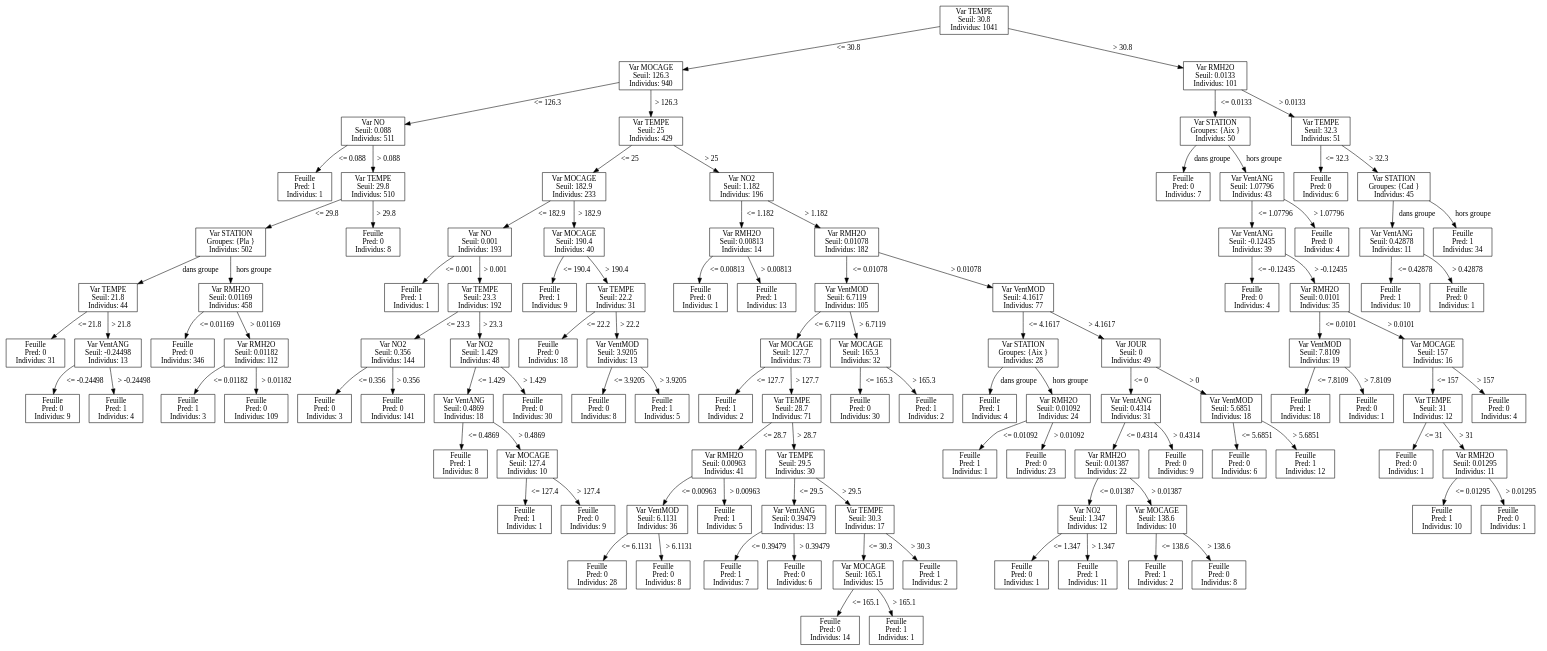
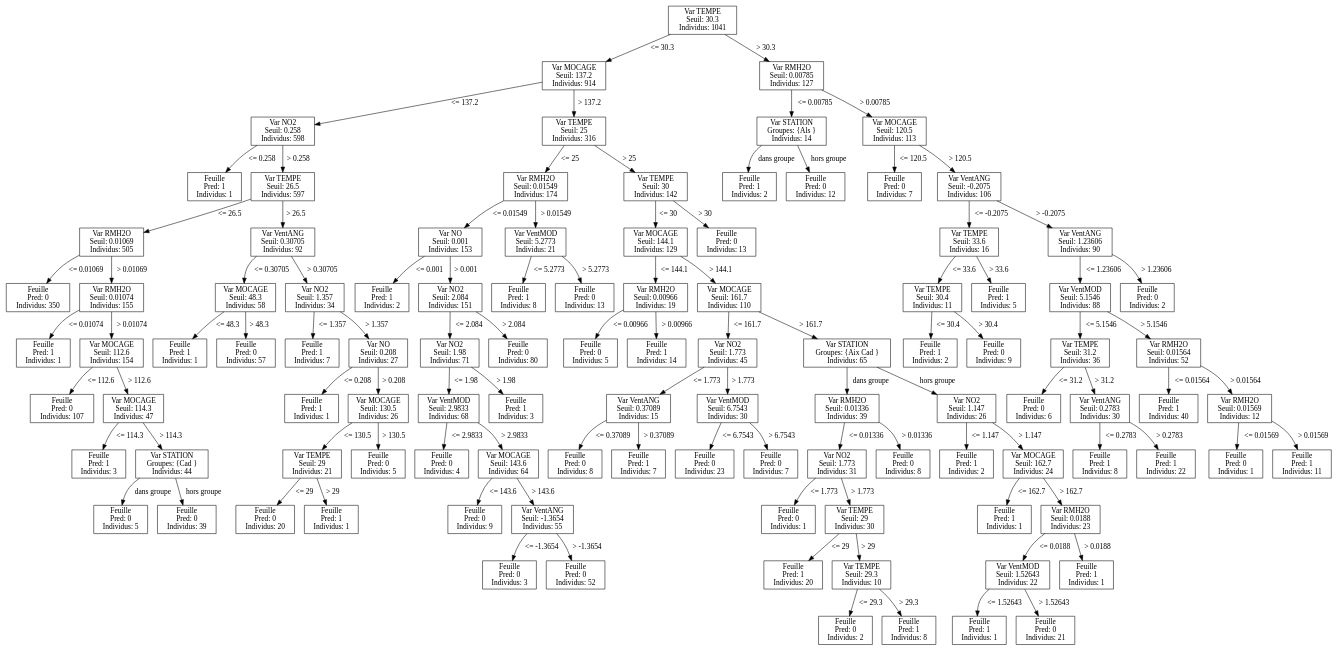
The diagram in ArbreNum0Bagging.dot (Narcisse-sudo/Binary-Tree-C-), drawn with Graphviz before and after one commit. The commit also changed 7 other files, not shown here.

```diff
--- a/ArbreNum0Bagging.dot
+++ b/ArbreNum0Bagging.dot
@@ -1,220 +1,212 @@
 digraph Arbre {
   node [shape=box];
-  0 [label="Var TEMPE\nSeuil: 30.8\nIndividus: 1041"];
-  1 [label="Var MOCAGE\nSeuil: 126.3\nIndividus: 940"];
-  2 [label="Var NO\nSeuil: 0.088\nIndividus: 511"];
+  0 [label="Var TEMPE\nSeuil: 30.3\nIndividus: 1041"];
+  1 [label="Var MOCAGE\nSeuil: 137.2\nIndividus: 914"];
+  2 [label="Var NO2\nSeuil: 0.258\nIndividus: 598"];
   3 [label="Feuille\n Pred: 1\nIndividus: 1"];
-  2 -> 3 [label="<= 0.088"];
-  4 [label="Var TEMPE\nSeuil: 29.8\nIndividus: 510"];
-  5 [label="Var STATION\nGroupes: {Pla }\nIndividus: 502"];
-  6 [label="Var TEMPE\nSeuil: 21.8\nIndividus: 44"];
-  7 [label="Feuille\n Pred: 0\nIndividus: 31"];
-  6 -> 7 [label="<= 21.8"];
-  8 [label="Var VentANG\nSeuil: -0.24498\nIndividus: 13"];
-  9 [label="Feuille\n Pred: 0\nIndividus: 9"];
-  8 -> 9 [label="<= -0.24498"];
-  10 [label="Feuille\n Pred: 1\nIndividus: 4"];
-  8 -> 10 [label="> -0.24498"];
-  6 -> 8 [label="> 21.8"];
-  5 -> 6 [label="dans groupe"];
-  11 [label="Var RMH2O\nSeuil: 0.01169\nIndividus: 458"];
-  12 [label="Feuille\n Pred: 0\nIndividus: 346"];
-  11 -> 12 [label="<= 0.01169"];
-  13 [label="Var RMH2O\nSeuil: 0.01182\nIndividus: 112"];
-  14 [label="Feuille\n Pred: 1\nIndividus: 3"];
-  13 -> 14 [label="<= 0.01182"];
-  15 [label="Feuille\n Pred: 0\nIndividus: 109"];
-  13 -> 15 [label="> 0.01182"];
-  11 -> 13 [label="> 0.01169"];
-  5 -> 11 [label="hors groupe"];
-  4 -> 5 [label="<= 29.8"];
-  16 [label="Feuille\n Pred: 0\nIndividus: 8"];
-  4 -> 16 [label="> 29.8"];
-  2 -> 4 [label="> 0.088"];
-  1 -> 2 [label="<= 126.3"];
-  17 [label="Var TEMPE\nSeuil: 25\nIndividus: 429"];
-  18 [label="Var MOCAGE\nSeuil: 182.9\nIndividus: 233"];
-  19 [label="Var NO\nSeuil: 0.001\nIndividus: 193"];
-  20 [label="Feuille\n Pred: 1\nIndividus: 1"];
-  19 -> 20 [label="<= 0.001"];
-  21 [label="Var TEMPE\nSeuil: 23.3\nIndividus: 192"];
-  22 [label="Var NO2\nSeuil: 0.356\nIndividus: 144"];
-  23 [label="Feuille\n Pred: 0\nIndividus: 3"];
-  22 -> 23 [label="<= 0.356"];
-  24 [label="Feuille\n Pred: 0\nIndividus: 141"];
-  22 -> 24 [label="> 0.356"];
-  21 -> 22 [label="<= 23.3"];
-  25 [label="Var NO2\nSeuil: 1.429\nIndividus: 48"];
-  26 [label="Var VentANG\nSeuil: 0.4869\nIndividus: 18"];
-  27 [label="Feuille\n Pred: 1\nIndividus: 8"];
-  26 -> 27 [label="<= 0.4869"];
-  28 [label="Var MOCAGE\nSeuil: 127.4\nIndividus: 10"];
-  29 [label="Feuille\n Pred: 1\nIndividus: 1"];
-  28 -> 29 [label="<= 127.4"];
-  30 [label="Feuille\n Pred: 0\nIndividus: 9"];
-  28 -> 30 [label="> 127.4"];
-  26 -> 28 [label="> 0.4869"];
-  25 -> 26 [label="<= 1.429"];
-  31 [label="Feuille\n Pred: 0\nIndividus: 30"];
-  25 -> 31 [label="> 1.429"];
-  21 -> 25 [label="> 23.3"];
-  19 -> 21 [label="> 0.001"];
-  18 -> 19 [label="<= 182.9"];
-  32 [label="Var MOCAGE\nSeuil: 190.4\nIndividus: 40"];
-  33 [label="Feuille\n Pred: 1\nIndividus: 9"];
-  32 -> 33 [label="<= 190.4"];
-  34 [label="Var TEMPE\nSeuil: 22.2\nIndividus: 31"];
-  35 [label="Feuille\n Pred: 0\nIndividus: 18"];
-  34 -> 35 [label="<= 22.2"];
-  36 [label="Var VentMOD\nSeuil: 3.9205\nIndividus: 13"];
-  37 [label="Feuille\n Pred: 0\nIndividus: 8"];
-  36 -> 37 [label="<= 3.9205"];
-  38 [label="Feuille\n Pred: 1\nIndividus: 5"];
-  36 -> 38 [label="> 3.9205"];
-  34 -> 36 [label="> 22.2"];
-  32 -> 34 [label="> 190.4"];
-  18 -> 32 [label="> 182.9"];
-  17 -> 18 [label="<= 25"];
-  39 [label="Var NO2\nSeuil: 1.182\nIndividus: 196"];
-  40 [label="Var RMH2O\nSeuil: 0.00813\nIndividus: 14"];
-  41 [label="Feuille\n Pred: 0\nIndividus: 1"];
-  40 -> 41 [label="<= 0.00813"];
-  42 [label="Feuille\n Pred: 1\nIndividus: 13"];
-  40 -> 42 [label="> 0.00813"];
-  39 -> 40 [label="<= 1.182"];
-  43 [label="Var RMH2O\nSeuil: 0.01078\nIndividus: 182"];
-  44 [label="Var VentMOD\nSeuil: 6.7119\nIndividus: 105"];
-  45 [label="Var MOCAGE\nSeuil: 127.7\nIndividus: 73"];
-  46 [label="Feuille\n Pred: 1\nIndividus: 2"];
-  45 -> 46 [label="<= 127.7"];
-  47 [label="Var TEMPE\nSeuil: 28.7\nIndividus: 71"];
-  48 [label="Var RMH2O\nSeuil: 0.00963\nIndividus: 41"];
-  49 [label="Var VentMOD\nSeuil: 6.1131\nIndividus: 36"];
-  50 [label="Feuille\n Pred: 0\nIndividus: 28"];
-  49 -> 50 [label="<= 6.1131"];
-  51 [label="Feuille\n Pred: 0\nIndividus: 8"];
-  49 -> 51 [label="> 6.1131"];
-  48 -> 49 [label="<= 0.00963"];
-  52 [label="Feuille\n Pred: 1\nIndividus: 5"];
-  48 -> 52 [label="> 0.00963"];
-  47 -> 48 [label="<= 28.7"];
-  53 [label="Var TEMPE\nSeuil: 29.5\nIndividus: 30"];
-  54 [label="Var VentANG\nSeuil: 0.39479\nIndividus: 13"];
-  55 [label="Feuille\n Pred: 1\nIndividus: 7"];
-  54 -> 55 [label="<= 0.39479"];
-  56 [label="Feuille\n Pred: 0\nIndividus: 6"];
-  54 -> 56 [label="> 0.39479"];
-  53 -> 54 [label="<= 29.5"];
-  57 [label="Var TEMPE\nSeuil: 30.3\nIndividus: 17"];
-  58 [label="Var MOCAGE\nSeuil: 165.1\nIndividus: 15"];
-  59 [label="Feuille\n Pred: 0\nIndividus: 14"];
-  58 -> 59 [label="<= 165.1"];
-  60 [label="Feuille\n Pred: 1\nIndividus: 1"];
-  58 -> 60 [label="> 165.1"];
-  57 -> 58 [label="<= 30.3"];
-  61 [label="Feuille\n Pred: 1\nIndividus: 2"];
-  57 -> 61 [label="> 30.3"];
-  53 -> 57 [label="> 29.5"];
-  47 -> 53 [label="> 28.7"];
-  45 -> 47 [label="> 127.7"];
-  44 -> 45 [label="<= 6.7119"];
-  62 [label="Var MOCAGE\nSeuil: 165.3\nIndividus: 32"];
-  63 [label="Feuille\n Pred: 0\nIndividus: 30"];
-  62 -> 63 [label="<= 165.3"];
-  64 [label="Feuille\n Pred: 1\nIndividus: 2"];
-  62 -> 64 [label="> 165.3"];
-  44 -> 62 [label="> 6.7119"];
-  43 -> 44 [label="<= 0.01078"];
-  65 [label="Var VentMOD\nSeuil: 4.1617\nIndividus: 77"];
-  66 [label="Var STATION\nGroupes: {Aix }\nIndividus: 28"];
-  67 [label="Feuille\n Pred: 1\nIndividus: 4"];
-  66 -> 67 [label="dans groupe"];
-  68 [label="Var RMH2O\nSeuil: 0.01092\nIndividus: 24"];
-  69 [label="Feuille\n Pred: 1\nIndividus: 1"];
-  68 -> 69 [label="<= 0.01092"];
-  70 [label="Feuille\n Pred: 0\nIndividus: 23"];
-  68 -> 70 [label="> 0.01092"];
-  66 -> 68 [label="hors groupe"];
-  65 -> 66 [label="<= 4.1617"];
-  71 [label="Var JOUR\nSeuil: 0\nIndividus: 49"];
-  72 [label="Var VentANG\nSeuil: 0.4314\nIndividus: 31"];
-  73 [label="Var RMH2O\nSeuil: 0.01387\nIndividus: 22"];
-  74 [label="Var NO2\nSeuil: 1.347\nIndividus: 12"];
-  75 [label="Feuille\n Pred: 0\nIndividus: 1"];
-  74 -> 75 [label="<= 1.347"];
-  76 [label="Feuille\n Pred: 1\nIndividus: 11"];
-  74 -> 76 [label="> 1.347"];
-  73 -> 74 [label="<= 0.01387"];
-  77 [label="Var MOCAGE\nSeuil: 138.6\nIndividus: 10"];
-  78 [label="Feuille\n Pred: 1\nIndividus: 2"];
-  77 -> 78 [label="<= 138.6"];
-  79 [label="Feuille\n Pred: 0\nIndividus: 8"];
-  77 -> 79 [label="> 138.6"];
-  73 -> 77 [label="> 0.01387"];
-  72 -> 73 [label="<= 0.4314"];
-  80 [label="Feuille\n Pred: 0\nIndividus: 9"];
-  72 -> 80 [label="> 0.4314"];
-  71 -> 72 [label="<= 0"];
-  81 [label="Var VentMOD\nSeuil: 5.6851\nIndividus: 18"];
-  82 [label="Feuille\n Pred: 0\nIndividus: 6"];
-  81 -> 82 [label="<= 5.6851"];
-  83 [label="Feuille\n Pred: 1\nIndividus: 12"];
-  81 -> 83 [label="> 5.6851"];
-  71 -> 81 [label="> 0"];
-  65 -> 71 [label="> 4.1617"];
-  43 -> 65 [label="> 0.01078"];
-  39 -> 43 [label="> 1.182"];
-  17 -> 39 [label="> 25"];
-  1 -> 17 [label="> 126.3"];
-  0 -> 1 [label="<= 30.8"];
-  84 [label="Var RMH2O\nSeuil: 0.0133\nIndividus: 101"];
-  85 [label="Var STATION\nGroupes: {Aix }\nIndividus: 50"];
-  86 [label="Feuille\n Pred: 0\nIndividus: 7"];
-  85 -> 86 [label="dans groupe"];
-  87 [label="Var VentANG\nSeuil: 1.07796\nIndividus: 43"];
-  88 [label="Var VentANG\nSeuil: -0.12435\nIndividus: 39"];
-  89 [label="Feuille\n Pred: 0\nIndividus: 4"];
-  88 -> 89 [label="<= -0.12435"];
-  90 [label="Var RMH2O\nSeuil: 0.0101\nIndividus: 35"];
-  91 [label="Var VentMOD\nSeuil: 7.8109\nIndividus: 19"];
-  92 [label="Feuille\n Pred: 1\nIndividus: 18"];
-  91 -> 92 [label="<= 7.8109"];
-  93 [label="Feuille\n Pred: 0\nIndividus: 1"];
-  91 -> 93 [label="> 7.8109"];
-  90 -> 91 [label="<= 0.0101"];
-  94 [label="Var MOCAGE\nSeuil: 157\nIndividus: 16"];
-  95 [label="Var TEMPE\nSeuil: 31\nIndividus: 12"];
-  96 [label="Feuille\n Pred: 0\nIndividus: 1"];
-  95 -> 96 [label="<= 31"];
-  97 [label="Var RMH2O\nSeuil: 0.01295\nIndividus: 11"];
-  98 [label="Feuille\n Pred: 1\nIndividus: 10"];
-  97 -> 98 [label="<= 0.01295"];
-  99 [label="Feuille\n Pred: 0\nIndividus: 1"];
-  97 -> 99 [label="> 0.01295"];
-  95 -> 97 [label="> 31"];
-  94 -> 95 [label="<= 157"];
-  100 [label="Feuille\n Pred: 0\nIndividus: 4"];
-  94 -> 100 [label="> 157"];
-  90 -> 94 [label="> 0.0101"];
-  88 -> 90 [label="> -0.12435"];
-  87 -> 88 [label="<= 1.07796"];
-  101 [label="Feuille\n Pred: 0\nIndividus: 4"];
-  87 -> 101 [label="> 1.07796"];
-  85 -> 87 [label="hors groupe"];
-  84 -> 85 [label="<= 0.0133"];
-  102 [label="Var TEMPE\nSeuil: 32.3\nIndividus: 51"];
-  103 [label="Feuille\n Pred: 0\nIndividus: 6"];
-  102 -> 103 [label="<= 32.3"];
-  104 [label="Var STATION\nGroupes: {Cad }\nIndividus: 45"];
-  105 [label="Var VentANG\nSeuil: 0.42878\nIndividus: 11"];
-  106 [label="Feuille\n Pred: 1\nIndividus: 10"];
-  105 -> 106 [label="<= 0.42878"];
-  107 [label="Feuille\n Pred: 0\nIndividus: 1"];
-  105 -> 107 [label="> 0.42878"];
-  104 -> 105 [label="dans groupe"];
-  108 [label="Feuille\n Pred: 1\nIndividus: 34"];
-  104 -> 108 [label="hors groupe"];
-  102 -> 104 [label="> 32.3"];
-  84 -> 102 [label="> 0.0133"];
-  0 -> 84 [label="> 30.8"];
+  2 -> 3 [label="<= 0.258"];
+  4 [label="Var TEMPE\nSeuil: 26.5\nIndividus: 597"];
+  5 [label="Var RMH2O\nSeuil: 0.01069\nIndividus: 505"];
+  6 [label="Feuille\n Pred: 0\nIndividus: 350"];
+  5 -> 6 [label="<= 0.01069"];
+  7 [label="Var RMH2O\nSeuil: 0.01074\nIndividus: 155"];
+  8 [label="Feuille\n Pred: 1\nIndividus: 1"];
+  7 -> 8 [label="<= 0.01074"];
+  9 [label="Var MOCAGE\nSeuil: 112.6\nIndividus: 154"];
+  10 [label="Feuille\n Pred: 0\nIndividus: 107"];
+  9 -> 10 [label="<= 112.6"];
+  11 [label="Var MOCAGE\nSeuil: 114.3\nIndividus: 47"];
+  12 [label="Feuille\n Pred: 1\nIndividus: 3"];
+  11 -> 12 [label="<= 114.3"];
+  13 [label="Var STATION\nGroupes: {Cad }\nIndividus: 44"];
+  14 [label="Feuille\n Pred: 0\nIndividus: 5"];
+  13 -> 14 [label="dans groupe"];
+  15 [label="Feuille\n Pred: 0\nIndividus: 39"];
+  13 -> 15 [label="hors groupe"];
+  11 -> 13 [label="> 114.3"];
+  9 -> 11 [label="> 112.6"];
+  7 -> 9 [label="> 0.01074"];
+  5 -> 7 [label="> 0.01069"];
+  4 -> 5 [label="<= 26.5"];
+  16 [label="Var VentANG\nSeuil: 0.30705\nIndividus: 92"];
+  17 [label="Var MOCAGE\nSeuil: 48.3\nIndividus: 58"];
+  18 [label="Feuille\n Pred: 1\nIndividus: 1"];
+  17 -> 18 [label="<= 48.3"];
+  19 [label="Feuille\n Pred: 0\nIndividus: 57"];
+  17 -> 19 [label="> 48.3"];
+  16 -> 17 [label="<= 0.30705"];
+  20 [label="Var NO2\nSeuil: 1.357\nIndividus: 34"];
+  21 [label="Feuille\n Pred: 1\nIndividus: 7"];
+  20 -> 21 [label="<= 1.357"];
+  22 [label="Var NO\nSeuil: 0.208\nIndividus: 27"];
+  23 [label="Feuille\n Pred: 1\nIndividus: 1"];
+  22 -> 23 [label="<= 0.208"];
+  24 [label="Var MOCAGE\nSeuil: 130.5\nIndividus: 26"];
+  25 [label="Var TEMPE\nSeuil: 29\nIndividus: 21"];
+  26 [label="Feuille\n Pred: 0\nIndividus: 20"];
+  25 -> 26 [label="<= 29"];
+  27 [label="Feuille\n Pred: 1\nIndividus: 1"];
+  25 -> 27 [label="> 29"];
+  24 -> 25 [label="<= 130.5"];
+  28 [label="Feuille\n Pred: 0\nIndividus: 5"];
+  24 -> 28 [label="> 130.5"];
+  22 -> 24 [label="> 0.208"];
+  20 -> 22 [label="> 1.357"];
+  16 -> 20 [label="> 0.30705"];
+  4 -> 16 [label="> 26.5"];
+  2 -> 4 [label="> 0.258"];
+  1 -> 2 [label="<= 137.2"];
+  29 [label="Var TEMPE\nSeuil: 25\nIndividus: 316"];
+  30 [label="Var RMH2O\nSeuil: 0.01549\nIndividus: 174"];
+  31 [label="Var NO\nSeuil: 0.001\nIndividus: 153"];
+  32 [label="Feuille\n Pred: 1\nIndividus: 2"];
+  31 -> 32 [label="<= 0.001"];
+  33 [label="Var NO2\nSeuil: 2.084\nIndividus: 151"];
+  34 [label="Var NO2\nSeuil: 1.98\nIndividus: 71"];
+  35 [label="Var VentMOD\nSeuil: 2.9833\nIndividus: 68"];
+  36 [label="Feuille\n Pred: 0\nIndividus: 4"];
+  35 -> 36 [label="<= 2.9833"];
+  37 [label="Var MOCAGE\nSeuil: 143.6\nIndividus: 64"];
+  38 [label="Feuille\n Pred: 0\nIndividus: 9"];
+  37 -> 38 [label="<= 143.6"];
+  39 [label="Var VentANG\nSeuil: -1.3654\nIndividus: 55"];
+  40 [label="Feuille\n Pred: 0\nIndividus: 3"];
+  39 -> 40 [label="<= -1.3654"];
+  41 [label="Feuille\n Pred: 0\nIndividus: 52"];
+  39 -> 41 [label="> -1.3654"];
+  37 -> 39 [label="> 143.6"];
+  35 -> 37 [label="> 2.9833"];
+  34 -> 35 [label="<= 1.98"];
+  42 [label="Feuille\n Pred: 1\nIndividus: 3"];
+  34 -> 42 [label="> 1.98"];
+  33 -> 34 [label="<= 2.084"];
+  43 [label="Feuille\n Pred: 0\nIndividus: 80"];
+  33 -> 43 [label="> 2.084"];
+  31 -> 33 [label="> 0.001"];
+  30 -> 31 [label="<= 0.01549"];
+  44 [label="Var VentMOD\nSeuil: 5.2773\nIndividus: 21"];
+  45 [label="Feuille\n Pred: 1\nIndividus: 8"];
+  44 -> 45 [label="<= 5.2773"];
+  46 [label="Feuille\n Pred: 0\nIndividus: 13"];
+  44 -> 46 [label="> 5.2773"];
+  30 -> 44 [label="> 0.01549"];
+  29 -> 30 [label="<= 25"];
+  47 [label="Var TEMPE\nSeuil: 30\nIndividus: 142"];
+  48 [label="Var MOCAGE\nSeuil: 144.1\nIndividus: 129"];
+  49 [label="Var RMH2O\nSeuil: 0.00966\nIndividus: 19"];
+  50 [label="Feuille\n Pred: 0\nIndividus: 5"];
+  49 -> 50 [label="<= 0.00966"];
+  51 [label="Feuille\n Pred: 1\nIndividus: 14"];
+  49 -> 51 [label="> 0.00966"];
+  48 -> 49 [label="<= 144.1"];
+  52 [label="Var MOCAGE\nSeuil: 161.7\nIndividus: 110"];
+  53 [label="Var NO2\nSeuil: 1.773\nIndividus: 45"];
+  54 [label="Var VentANG\nSeuil: 0.37089\nIndividus: 15"];
+  55 [label="Feuille\n Pred: 0\nIndividus: 8"];
+  54 -> 55 [label="<= 0.37089"];
+  56 [label="Feuille\n Pred: 1\nIndividus: 7"];
+  54 -> 56 [label="> 0.37089"];
+  53 -> 54 [label="<= 1.773"];
+  57 [label="Var VentMOD\nSeuil: 6.7543\nIndividus: 30"];
+  58 [label="Feuille\n Pred: 0\nIndividus: 23"];
+  57 -> 58 [label="<= 6.7543"];
+  59 [label="Feuille\n Pred: 0\nIndividus: 7"];
+  57 -> 59 [label="> 6.7543"];
+  53 -> 57 [label="> 1.773"];
+  52 -> 53 [label="<= 161.7"];
+  60 [label="Var STATION\nGroupes: {Aix Cad }\nIndividus: 65"];
+  61 [label="Var RMH2O\nSeuil: 0.01336\nIndividus: 39"];
+  62 [label="Var NO2\nSeuil: 1.773\nIndividus: 31"];
+  63 [label="Feuille\n Pred: 0\nIndividus: 1"];
+  62 -> 63 [label="<= 1.773"];
+  64 [label="Var TEMPE\nSeuil: 29\nIndividus: 30"];
+  65 [label="Feuille\n Pred: 1\nIndividus: 20"];
+  64 -> 65 [label="<= 29"];
+  66 [label="Var TEMPE\nSeuil: 29.3\nIndividus: 10"];
+  67 [label="Feuille\n Pred: 0\nIndividus: 2"];
+  66 -> 67 [label="<= 29.3"];
+  68 [label="Feuille\n Pred: 1\nIndividus: 8"];
+  66 -> 68 [label="> 29.3"];
+  64 -> 66 [label="> 29"];
+  62 -> 64 [label="> 1.773"];
+  61 -> 62 [label="<= 0.01336"];
+  69 [label="Feuille\n Pred: 0\nIndividus: 8"];
+  61 -> 69 [label="> 0.01336"];
+  60 -> 61 [label="dans groupe"];
+  70 [label="Var NO2\nSeuil: 1.147\nIndividus: 26"];
+  71 [label="Feuille\n Pred: 1\nIndividus: 2"];
+  70 -> 71 [label="<= 1.147"];
+  72 [label="Var MOCAGE\nSeuil: 162.7\nIndividus: 24"];
+  73 [label="Feuille\n Pred: 1\nIndividus: 1"];
+  72 -> 73 [label="<= 162.7"];
+  74 [label="Var RMH2O\nSeuil: 0.0188\nIndividus: 23"];
+  75 [label="Var VentMOD\nSeuil: 1.52643\nIndividus: 22"];
+  76 [label="Feuille\n Pred: 1\nIndividus: 1"];
+  75 -> 76 [label="<= 1.52643"];
+  77 [label="Feuille\n Pred: 0\nIndividus: 21"];
+  75 -> 77 [label="> 1.52643"];
+  74 -> 75 [label="<= 0.0188"];
+  78 [label="Feuille\n Pred: 1\nIndividus: 1"];
+  74 -> 78 [label="> 0.0188"];
+  72 -> 74 [label="> 162.7"];
+  70 -> 72 [label="> 1.147"];
+  60 -> 70 [label="hors groupe"];
+  52 -> 60 [label="> 161.7"];
+  48 -> 52 [label="> 144.1"];
+  47 -> 48 [label="<= 30"];
+  79 [label="Feuille\n Pred: 0\nIndividus: 13"];
+  47 -> 79 [label="> 30"];
+  29 -> 47 [label="> 25"];
+  1 -> 29 [label="> 137.2"];
+  0 -> 1 [label="<= 30.3"];
+  80 [label="Var RMH2O\nSeuil: 0.00785\nIndividus: 127"];
+  81 [label="Var STATION\nGroupes: {Als }\nIndividus: 14"];
+  82 [label="Feuille\n Pred: 1\nIndividus: 2"];
+  81 -> 82 [label="dans groupe"];
+  83 [label="Feuille\n Pred: 0\nIndividus: 12"];
+  81 -> 83 [label="hors groupe"];
+  80 -> 81 [label="<= 0.00785"];
+  84 [label="Var MOCAGE\nSeuil: 120.5\nIndividus: 113"];
+  85 [label="Feuille\n Pred: 0\nIndividus: 7"];
+  84 -> 85 [label="<= 120.5"];
+  86 [label="Var VentANG\nSeuil: -0.2075\nIndividus: 106"];
+  87 [label="Var TEMPE\nSeuil: 33.6\nIndividus: 16"];
+  88 [label="Var TEMPE\nSeuil: 30.4\nIndividus: 11"];
+  89 [label="Feuille\n Pred: 1\nIndividus: 2"];
+  88 -> 89 [label="<= 30.4"];
+  90 [label="Feuille\n Pred: 0\nIndividus: 9"];
+  88 -> 90 [label="> 30.4"];
+  87 -> 88 [label="<= 33.6"];
+  91 [label="Feuille\n Pred: 1\nIndividus: 5"];
+  87 -> 91 [label="> 33.6"];
+  86 -> 87 [label="<= -0.2075"];
+  92 [label="Var VentANG\nSeuil: 1.23606\nIndividus: 90"];
+  93 [label="Var VentMOD\nSeuil: 5.1546\nIndividus: 88"];
+  94 [label="Var TEMPE\nSeuil: 31.2\nIndividus: 36"];
+  95 [label="Feuille\n Pred: 0\nIndividus: 6"];
+  94 -> 95 [label="<= 31.2"];
+  96 [label="Var VentANG\nSeuil: 0.2783\nIndividus: 30"];
+  97 [label="Feuille\n Pred: 1\nIndividus: 8"];
+  96 -> 97 [label="<= 0.2783"];
+  98 [label="Feuille\n Pred: 1\nIndividus: 22"];
+  96 -> 98 [label="> 0.2783"];
+  94 -> 96 [label="> 31.2"];
+  93 -> 94 [label="<= 5.1546"];
+  99 [label="Var RMH2O\nSeuil: 0.01564\nIndividus: 52"];
+  100 [label="Feuille\n Pred: 1\nIndividus: 40"];
+  99 -> 100 [label="<= 0.01564"];
+  101 [label="Var RMH2O\nSeuil: 0.01569\nIndividus: 12"];
+  102 [label="Feuille\n Pred: 0\nIndividus: 1"];
+  101 -> 102 [label="<= 0.01569"];
+  103 [label="Feuille\n Pred: 1\nIndividus: 11"];
+  101 -> 103 [label="> 0.01569"];
+  99 -> 101 [label="> 0.01564"];
+  93 -> 99 [label="> 5.1546"];
+  92 -> 93 [label="<= 1.23606"];
+  104 [label="Feuille\n Pred: 0\nIndividus: 2"];
+  92 -> 104 [label="> 1.23606"];
+  86 -> 92 [label="> -0.2075"];
+  84 -> 86 [label="> 120.5"];
+  80 -> 84 [label="> 0.00785"];
+  0 -> 80 [label="> 30.3"];
 }
```
